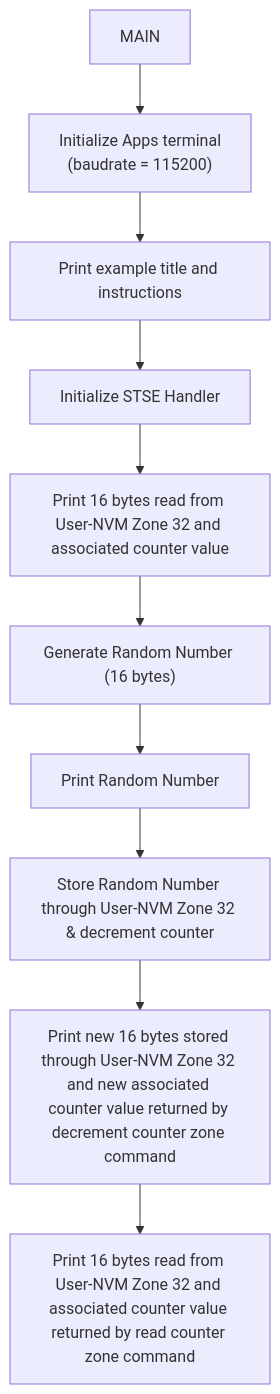
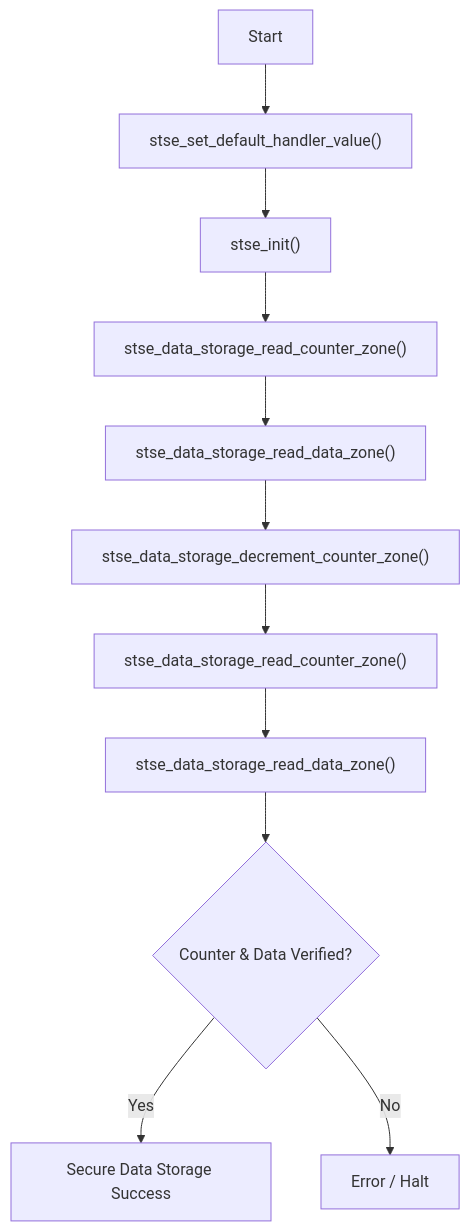
One commit to STMicroelectronics/stse-linux changed the second of 2 diagrams in examples/stsafe-l010/01_Secure_data_storage/README.md. Above: the diagram before and after it, drawn with Mermaid. The commit also changed other lines of this file and 68 other files, not shown here.

````diff
--- a/examples/stsafe-l010/01_Secure_data_storage/README.md
+++ b/examples/stsafe-l010/01_Secure_data_storage/README.md
@@ -30,12 +30,13 @@
 ```mermaid
 flowchart TD
-    A["MAIN"] --> B["Initialize Apps terminal <br> (baudrate = 115200)"]
-    B --> C["Print example title and instructions"]
-    C --> D["Initialize STSE Handler"]
-    D --> E["Print 16 bytes read from User-NVM Zone 32 and associated counter value"]
-    E --> F["Generate Random Number (16 bytes)"]
-    F --> G["Print Random Number"]
-    G --> H["Store Random Number through User-NVM Zone 32 & decrement counter"]
-    H --> I["Print new 16 bytes stored through User-NVM Zone 32 and new associated counter value returned by decrement counter zone command"]
-    I --> J["Print 16 bytes read from User-NVM Zone 32 and associated counter value returned by read counter zone command"]
+    A["Start"] --> B["stse_set_default_handler_value()"]
+    B --> C["stse_init()"]
+    C --> D["stse_data_storage_read_counter_zone()"]
+    D --> E["stse_data_storage_read_data_zone()"]
+    E --> F["stse_data_storage_decrement_counter_zone()"]
+    F --> G["stse_data_storage_read_counter_zone()"]
+    G --> H["stse_data_storage_read_data_zone()"]
+    H --> I{"Counter & Data Verified?"}
+    I -- Yes --> J["Secure Data Storage Success"]
+    I -- No --> K["Error / Halt"]
 ```
````
